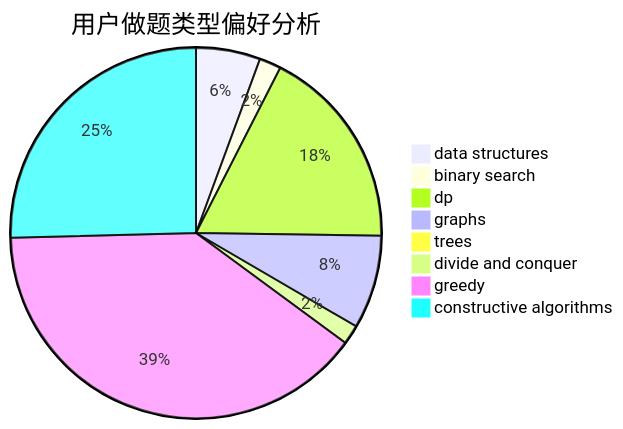
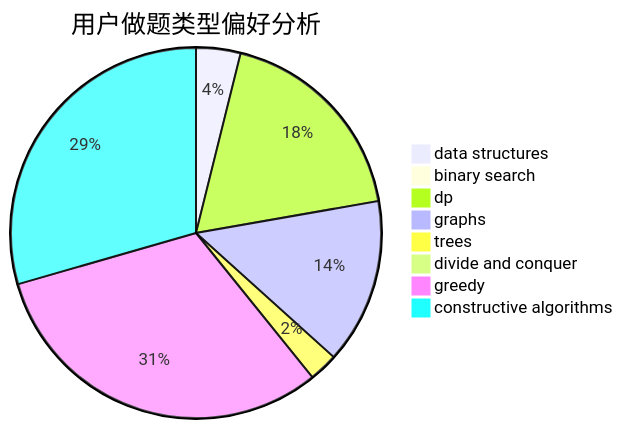
The second of 3 diagrams in docs/user/u913.md (sherpahu/cfrs.github.io), drawn with Mermaid before and after one commit. The commit also changed other lines of this file and 2770 other files, not shown here.

````diff
--- a/docs/user/u913.md
+++ b/docs/user/u913.md
@@ -23,11 +23,11 @@
 ```mermaid
 pie title 用户做题类型偏好分析
-    "data structures" :  136
-    "binary search" :  46
-    "dp" :  430
-    "graphs" :  198
-    "trees" :  16
-    "divide and conquer" :  41
-    "greedy" :  958
-    "constructive algorithms" :  616
+    "data structures" :  80
+    "binary search" :  17
+    "dp" :  379
+    "graphs" :  298
+    "trees" :  52
+    "divide and conquer" :  2
+    "greedy" :  647
+    "constructive algorithms" :  608
 ```
````
